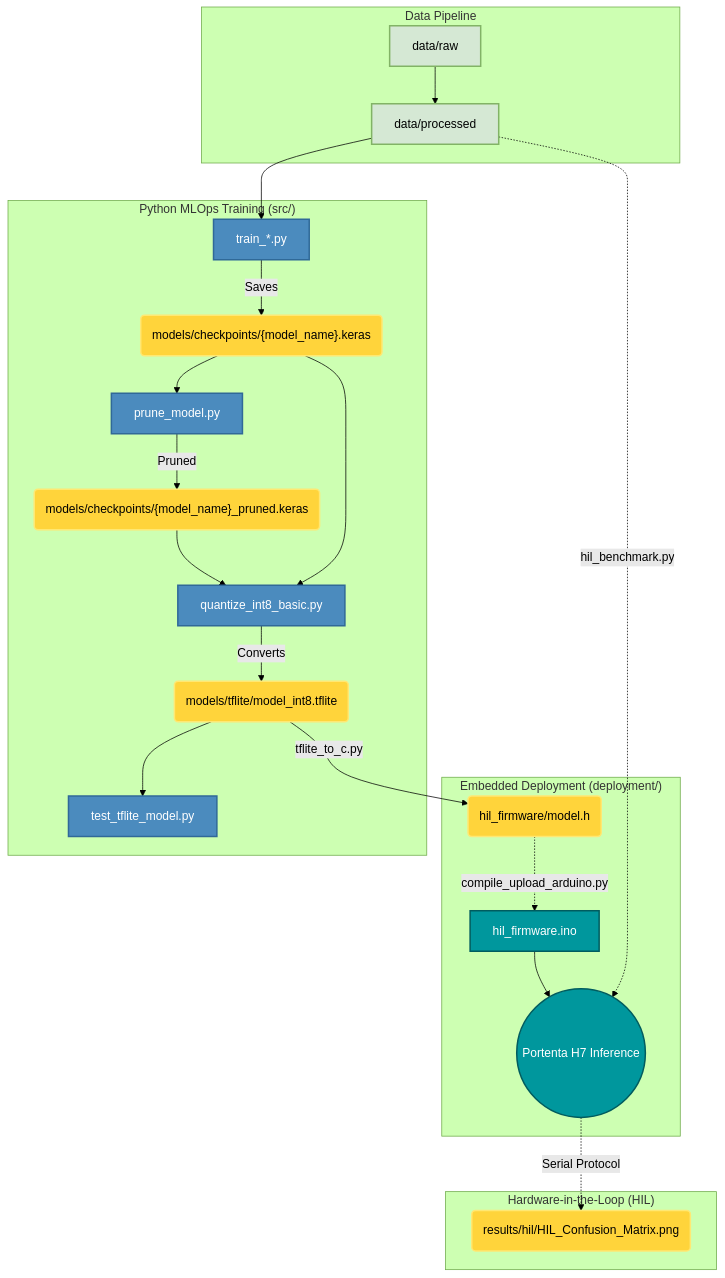
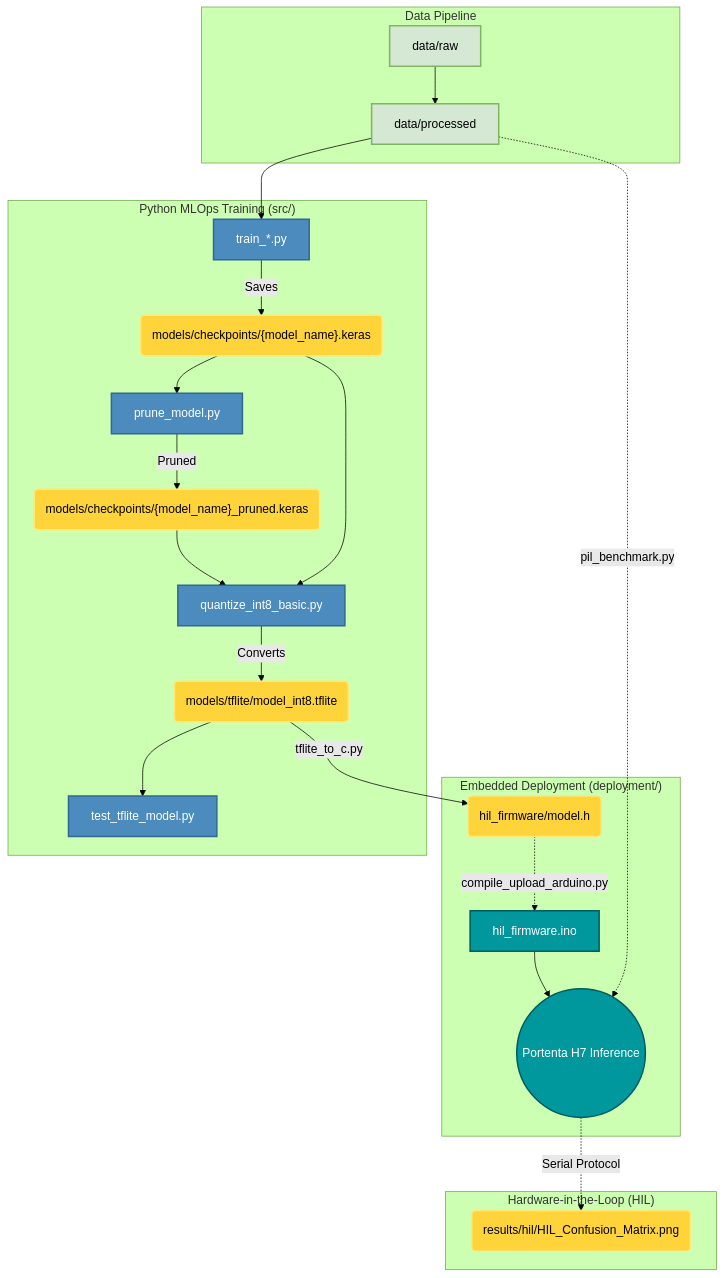
Before and after one commit to F4bian1012/Investigacion: the diagram in README.md, drawn with Mermaid (forest theme). The commit also changed other lines of this file and 2 other files, not shown here.

Commit message:
Update internal references from hil_benchmark.py to pil_benchmark.py

````diff
--- a/README.md
+++ b/README.md
@@ -91,35 +91,35 @@
 ```mermaid
 graph TD
     %% Styling
     classDef default fill:#f9f9f9,stroke:#333,stroke-width:2px,color:#000;
     classDef data fill:#D5E8D4,stroke:#82B366,stroke-width:2px,color:#000;
     classDef python fill:#4B8BBE,stroke:#306998,stroke-width:2px,color:#fff;
     classDef hardware fill:#00979D,stroke:#005C5F,stroke-width:2px,color:#fff;
     classDef artifact fill:#FFD43B,stroke:#FFE873,stroke-width:2px,color:#000;
 
     subgraph "Data Pipeline"
         RAW[data/raw]:::data --> PROC[data/processed]:::data
     end
 
     subgraph "Python MLOps Training (src/)"
         PROC --> TRAIN[train_*.py]:::python
         TRAIN -->|Saves| KERAS("models/checkpoints/{model_name}.keras"):::artifact
         KERAS --> PRUNE[prune_model.py]:::python
         PRUNE -->|Pruned| KERAS_PRUNED("models/checkpoints/{model_name}_pruned.keras"):::artifact
         KERAS --> OPT[quantize_int8_basic.py]:::python
         KERAS_PRUNED --> OPT
         OPT -->|Converts| TFLITE(models/tflite/model_int8.tflite):::artifact
         TFLITE --> EVAL[test_tflite_model.py]:::python
     end
 
     subgraph "Embedded Deployment (deployment/)"
         TFLITE -->|tflite_to_c.py| HEADER(hil_firmware/model.h):::artifact
         HEADER -.->|compile_upload_arduino.py| C_ENGINE[hil_firmware.ino]:::hardware
         C_ENGINE --> INFERENCE((Portenta H7 Inference)):::hardware
     end
 
     subgraph "Hardware-in-the-Loop (HIL)"
-        PROC -.->|hil_benchmark.py| INFERENCE
+        PROC -.->|pil_benchmark.py| INFERENCE
         INFERENCE -.->|Serial Protocol| CM_PLOT(results/hil/HIL_Confusion_Matrix.png):::artifact
     end
 ```
````
